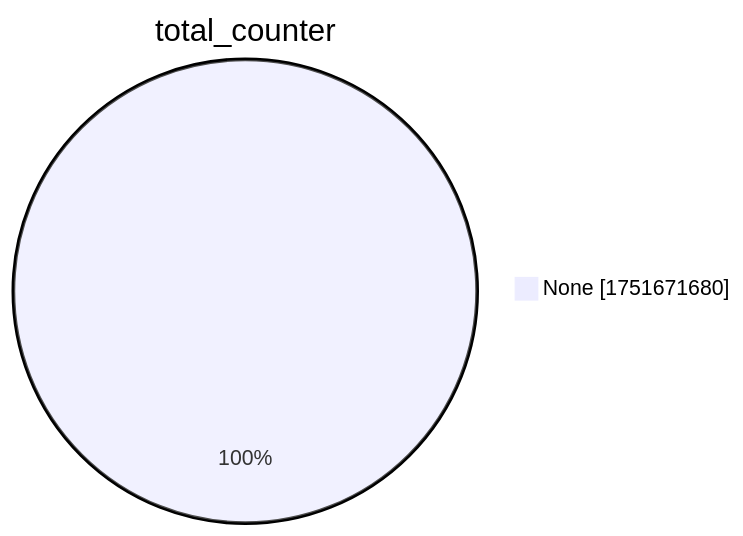
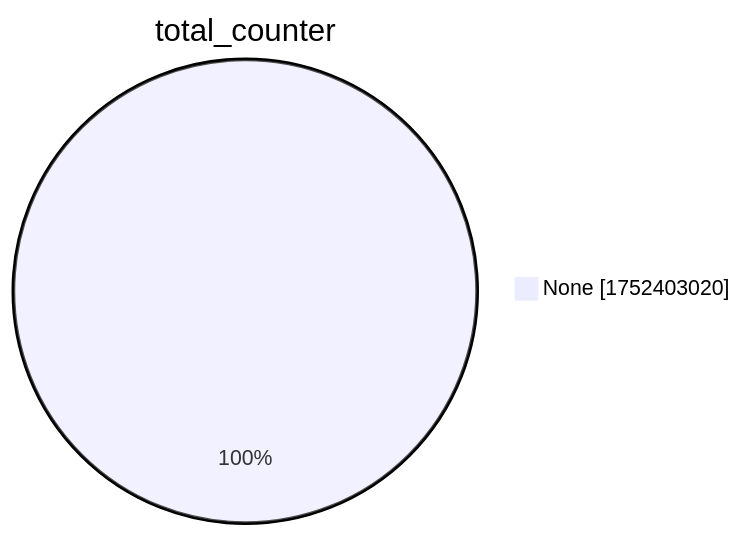
The second of 15 diagrams in xenon2022/README.md (christiankrug/ctmonitor_visualization), drawn with Mermaid before and after one commit. The commit also changed other lines of this file, not shown here.

````diff
--- a/xenon2022/README.md
+++ b/xenon2022/README.md
@@ -9,5 +9,5 @@
 ```mermaid
 pie showData
 title total_counter
-"None" :1751671680
+"None" :1752403020
 ```
````
